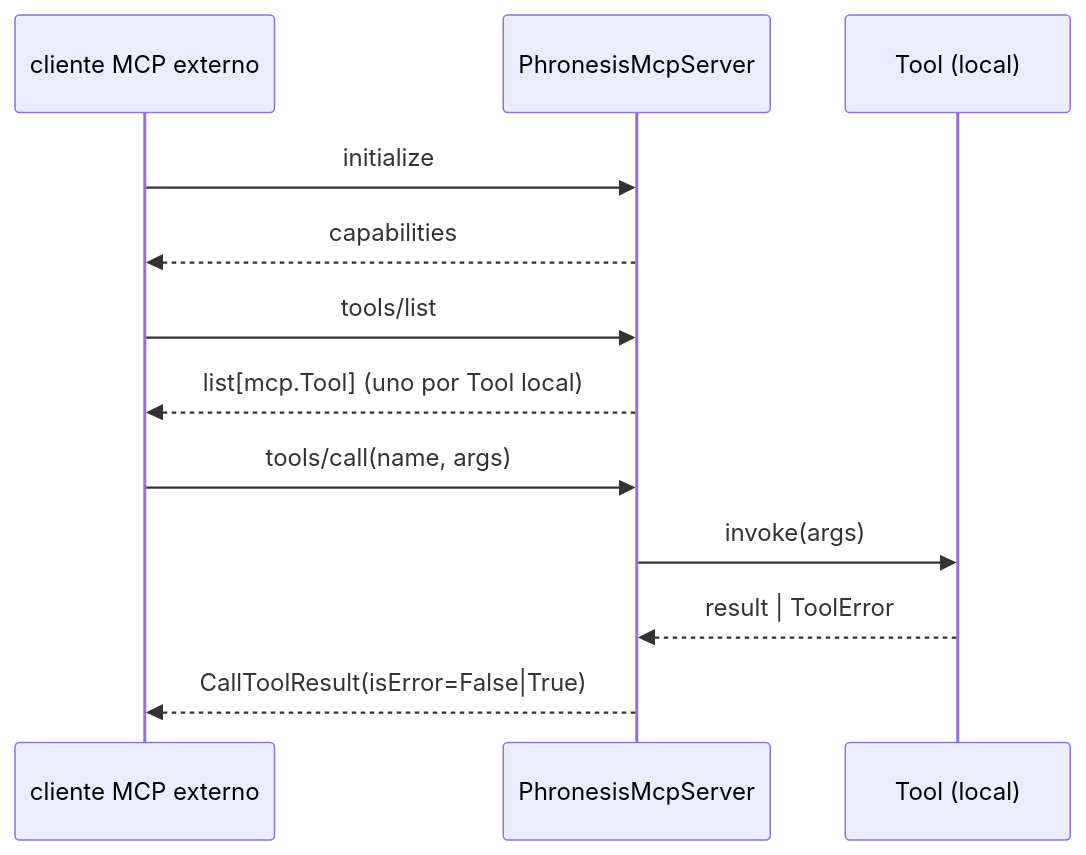
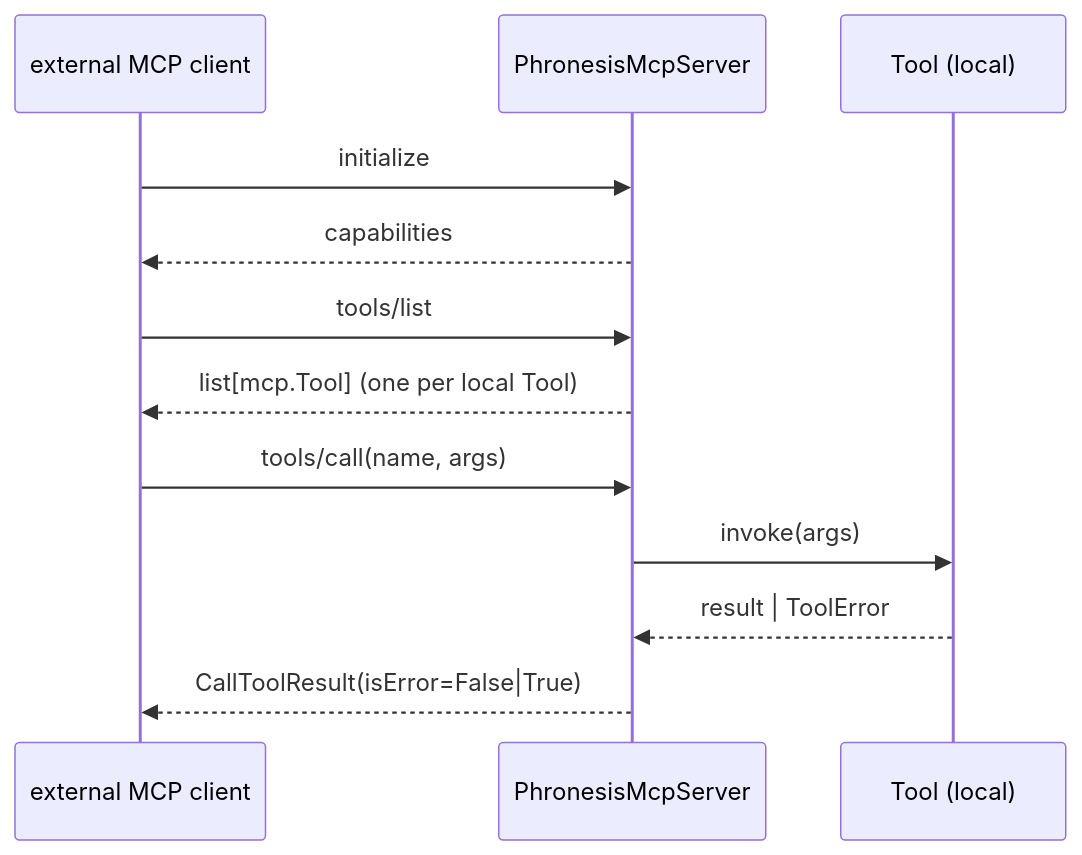
One commit to phronesis-framework/phronesis-framework changed the third of 3 diagrams in docs/mcp/index.md. Above: the diagram before and after it, drawn with Mermaid. The commit also changed other lines of this file and 17 other files, not shown here.

Commit message:
feat(docs): translate docs to english and replace ascii diagrams with mermaid

````diff
--- a/docs/mcp/index.md
+++ b/docs/mcp/index.md
@@ -177,17 +188,17 @@
 ```mermaid
 sequenceDiagram
-    participant Client as cliente MCP externo
+    participant Client as external MCP client
     participant Server as PhronesisMcpServer
     participant Tool as Tool (local)
 
     Client->>Server: initialize
     Server-->>Client: capabilities
 
     Client->>Server: tools/list
-    Server-->>Client: list[mcp.Tool] (uno por Tool local)
+    Server-->>Client: list[mcp.Tool] (one per local Tool)
 
     Client->>Server: tools/call(name, args)
     Server->>Tool: invoke(args)
     Tool-->>Server: result | ToolError
     Server-->>Client: CallToolResult(isError=False|True)
 ```
````
